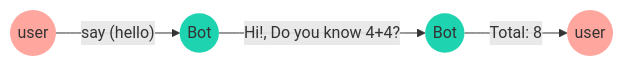
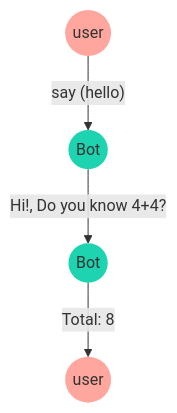
Before and after one commit to codigoencasa/documentation: the second of 2 diagrams in src/pages/add-functions.mdx, drawn with Mermaid. The commit also changed other lines of this file and 1 other file, not shown here.

Commit message:
docs: more state

````diff
--- a/src/pages/add-functions.mdx
+++ b/src/pages/add-functions.mdx
@@ -210,8 +232,12 @@
 ```mermaid
-flowchart LR
-   id1(("user")) -- say (hello) -->  id2(("Bot")) -- Hi!, Do you know 4+4? --> id3(("Bot"))  -- Total: 8 --> id4(("user"))
+flowchart TB
+   id1(("user")) -- say (hello) -->  
+   id2(("Bot")) -- Hi!, Do you know 4+4? --> 
+   id3(("Bot"))  -- Total: 8 --> 
+   id4(("user"))
+   
    style id1 fill:#ffa69e,stroke:#f79256,stroke-width:0px
    style id2 fill:#1dd3b0,stroke:#248277,stroke-width:0px
    style id3 fill:#1dd3b0,stroke:#248277,stroke-width:0px
    style id4 fill:#ffa69e,stroke:#f79256,stroke-width:0px
 ```
````
